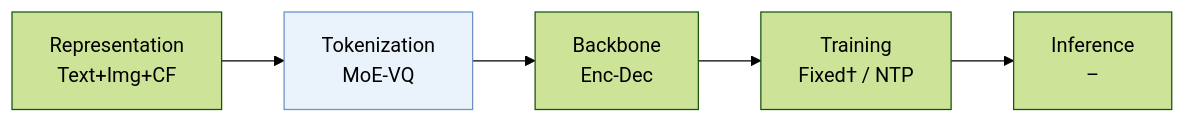
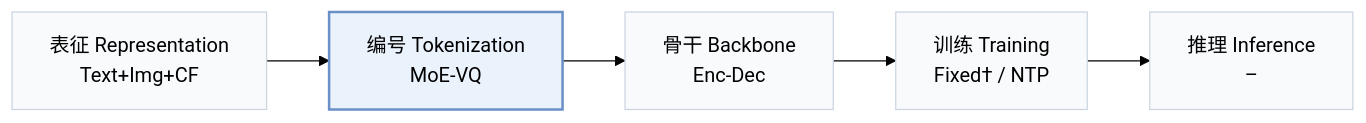
Before and after one commit to Galaxy-ghost/Awesome-SID-Generative-Rec: the first of 3 diagrams in pages/zh/papers/adc-sid.md, drawn with Mermaid (forest theme). The commit also changed other lines of this file and 649 other files, not shown here.

Commit message:
writer-05: also tags and modality index (schema, check, build, visuals); summary field removed; calibration data for 12 papers

````diff
--- a/pages/zh/papers/adc-sid.md
+++ b/pages/zh/papers/adc-sid.md
@@ -13,6 +15,8 @@
 ```mermaid
 flowchart LR
-    R["Representation<br/>Text+Img+CF"] --> T["Tokenization<br/>MoE-VQ"] --> B["Backbone<br/>Enc-Dec"] --> TR["Training<br/>Fixed† / NTP"] --> I["Inference<br/>–"]
-    classDef main fill:#eaf2fb,stroke:#6b8fc7
+    R["表征 Representation<br/>Text+Img+CF"] --> T["编号 Tokenization<br/>MoE-VQ"] --> B["骨干 Backbone<br/>Enc-Dec"] --> TR["训练 Training<br/>Fixed† / NTP"] --> I["推理 Inference<br/>–"]
+    classDef base fill:#f8fafc,stroke:#cbd5e1
+    class R,T,B,TR,I base
+    classDef main fill:#eaf2fb,stroke:#6b8fc7,stroke-width:2px
     class T main
 ```
````
